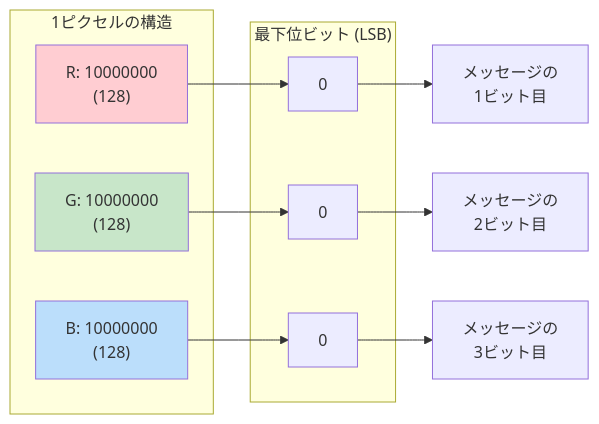
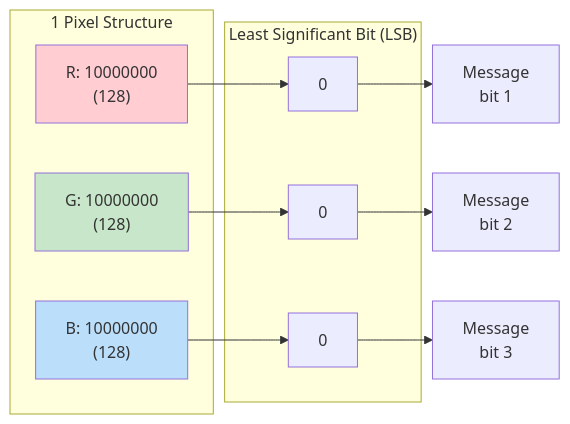
Before and after one commit to aicuai/comfyui-save-image-watermark: the third of 4 diagrams in README.md, drawn with Mermaid. The commit also changed other lines of this file and 1 other file, not shown here.

````diff
--- a/README.md
+++ b/README.md
@@ -474,22 +353,22 @@
 ```mermaid
 graph LR
-    subgraph pixel["1ピクセルの構造"]
+    subgraph pixel["1 Pixel Structure"]
         R["R: 10000000<br/>(128)"]
         G["G: 10000000<br/>(128)"]
         B["B: 10000000<br/>(128)"]
     end
 
-    subgraph lsb["最下位ビット (LSB)"]
+    subgraph lsb["Least Significant Bit (LSB)"]
         R --> R_LSB["0"]
         G --> G_LSB["0"]
         B --> B_LSB["0"]
     end
 
-    R_LSB --> MSG["メッセージの<br/>1ビット目"]
-    G_LSB --> MSG2["メッセージの<br/>2ビット目"]
-    B_LSB --> MSG3["メッセージの<br/>3ビット目"]
+    R_LSB --> MSG["Message<br/>bit 1"]
+    G_LSB --> MSG2["Message<br/>bit 2"]
+    B_LSB --> MSG3["Message<br/>bit 3"]
 
     style R fill:#ffcdd2
     style G fill:#c8e6c9
     style B fill:#bbdefb
 ```
````
